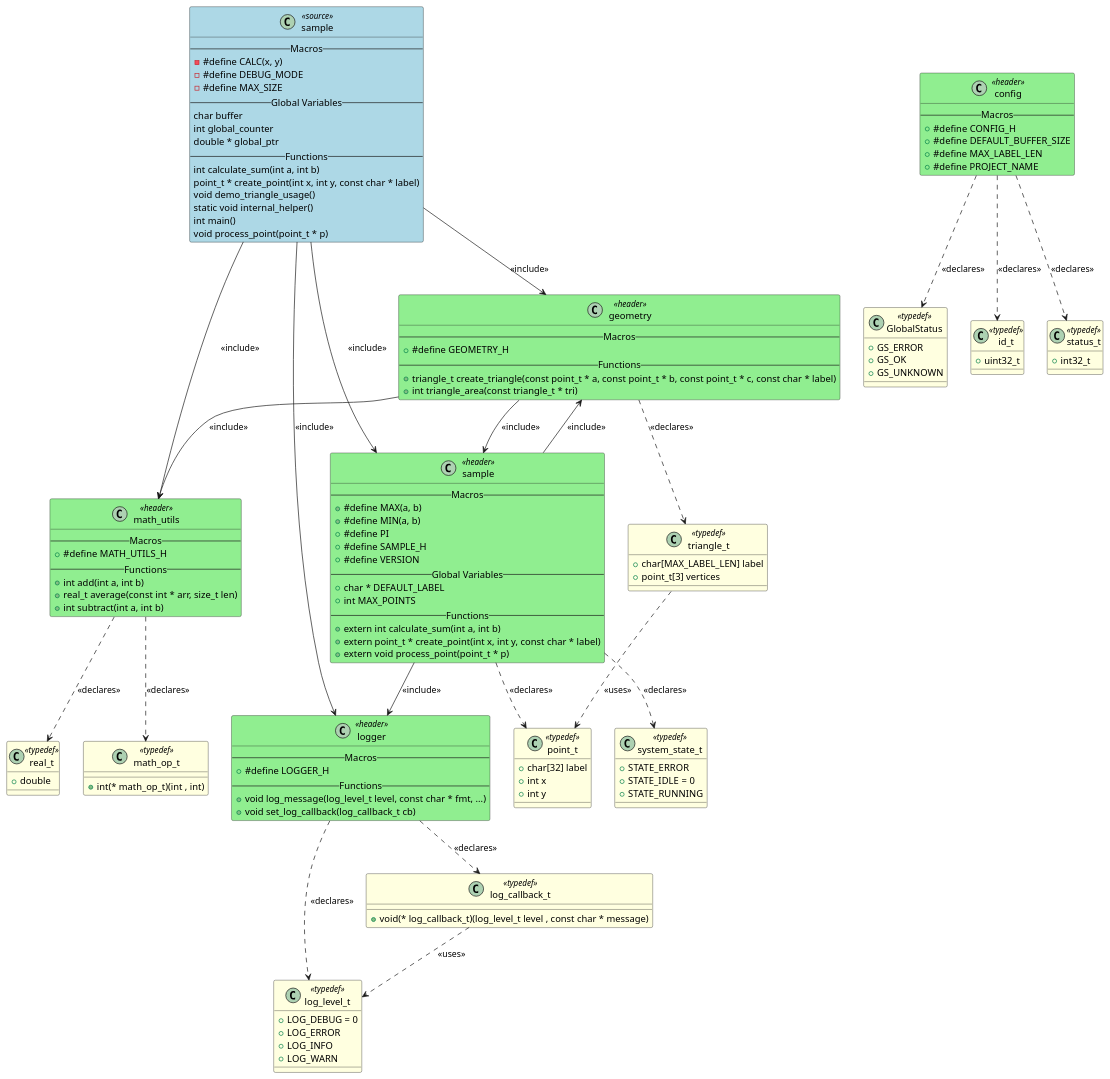
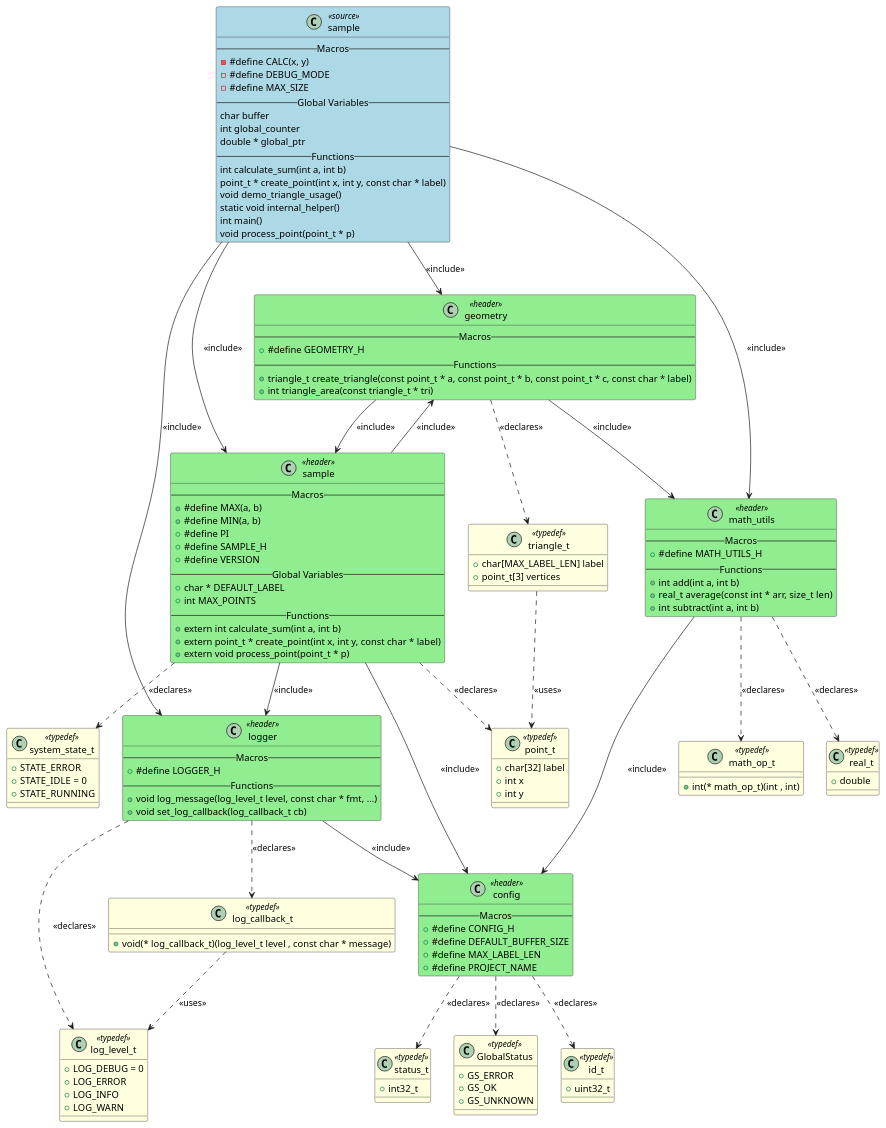
The diagram in output/sample.puml (fischerjooo/c2puml), drawn with PlantUML before and after one commit. The commit also changed 11 other files, not shown here.

First line of the commit message:
Fix missing include relationship: Add config.h to sample.c include_filters

```diff
--- a/output/sample.puml
+++ b/output/sample.puml
@@ -1,163 +1,166 @@
 @startuml sample
 
 class "sample" as SAMPLE <<source>> #LightBlue
 {
     -- Macros --
     - #define CALC(x, y)
     - #define DEBUG_MODE
     - #define MAX_SIZE
     -- Global Variables --
     char buffer
     int global_counter
     double * global_ptr
     -- Functions --
     int calculate_sum(int a, int b)
     point_t * create_point(int x, int y, const char * label)
     void demo_triangle_usage()
     static void internal_helper()
     int main()
     void process_point(point_t * p)
 }
 
 class "config" as HEADER_CONFIG <<header>> #LightGreen
 {
     -- Macros --
     + #define CONFIG_H
     + #define DEFAULT_BUFFER_SIZE
     + #define MAX_LABEL_LEN
     + #define PROJECT_NAME
 }
 
 class "geometry" as HEADER_GEOMETRY <<header>> #LightGreen
 {
     -- Macros --
     + #define GEOMETRY_H
     -- Functions --
     + triangle_t create_triangle(const point_t * a, const point_t * b, const point_t * c, const char * label)
     + int triangle_area(const triangle_t * tri)
 }
 
 class "logger" as HEADER_LOGGER <<header>> #LightGreen
 {
     -- Macros --
     + #define LOGGER_H
     -- Functions --
     + void log_message(log_level_t level, const char * fmt, ...)
     + void set_log_callback(log_callback_t cb)
 }
 
 class "math_utils" as HEADER_MATH_UTILS <<header>> #LightGreen
 {
     -- Macros --
     + #define MATH_UTILS_H
     -- Functions --
     + int add(int a, int b)
     + real_t average(const int * arr, size_t len)
     + int subtract(int a, int b)
 }
 
 class "sample" as HEADER_SAMPLE <<header>> #LightGreen
 {
     -- Macros --
     + #define MAX(a, b)
     + #define MIN(a, b)
     + #define PI
     + #define SAMPLE_H
     + #define VERSION
     -- Global Variables --
     + char * DEFAULT_LABEL
     + int MAX_POINTS
     -- Functions --
     + extern int calculate_sum(int a, int b)
     + extern point_t * create_point(int x, int y, const char * label)
     + extern void process_point(point_t * p)
 }
 
 class "GlobalStatus" as TYPEDEF_GLOBALSTATUS <<typedef>> #LightYellow
 {
     + GS_ERROR
     + GS_OK
     + GS_UNKNOWN
 }
 
 class "id_t" as TYPEDEF_ID_T <<typedef>> #LightYellow
 {
     + uint32_t
 }
 
 class "status_t" as TYPEDEF_STATUS_T <<typedef>> #LightYellow
 {
     + int32_t
 }
 
 class "triangle_t" as TYPEDEF_TRIANGLE_T <<typedef>> #LightYellow
 {
     + char[MAX_LABEL_LEN] label
     + point_t[3] vertices
 }
 
 class "log_level_t" as TYPEDEF_LOG_LEVEL_T <<typedef>> #LightYellow
 {
     + LOG_DEBUG = 0
     + LOG_ERROR
     + LOG_INFO
     + LOG_WARN
 }
 
 class "log_callback_t" as TYPEDEF_LOG_CALLBACK_T <<typedef>> #LightYellow
 {
     + void(* log_callback_t)(log_level_t level , const char * message)
 }
 
 class "math_op_t" as TYPEDEF_MATH_OP_T <<typedef>> #LightYellow
 {
     + int(* math_op_t)(int , int)
 }
 
 class "real_t" as TYPEDEF_REAL_T <<typedef>> #LightYellow
 {
     + double
 }
 
 class "point_t" as TYPEDEF_POINT_T <<typedef>> #LightYellow
 {
     + char[32] label
     + int x
     + int y
 }
 
 class "system_state_t" as TYPEDEF_SYSTEM_STATE_T <<typedef>> #LightYellow
 {
     + STATE_ERROR
     + STATE_IDLE = 0
     + STATE_RUNNING
 }
 
 
 ' Include relationships
 HEADER_GEOMETRY --> HEADER_MATH_UTILS : <<include>>
 HEADER_GEOMETRY --> HEADER_SAMPLE : <<include>>
+HEADER_LOGGER --> HEADER_CONFIG : <<include>>
+HEADER_MATH_UTILS --> HEADER_CONFIG : <<include>>
 SAMPLE --> HEADER_GEOMETRY : <<include>>
 SAMPLE --> HEADER_LOGGER : <<include>>
 SAMPLE --> HEADER_MATH_UTILS : <<include>>
 SAMPLE --> HEADER_SAMPLE : <<include>>
+HEADER_SAMPLE --> HEADER_CONFIG : <<include>>
 HEADER_SAMPLE --> HEADER_GEOMETRY : <<include>>
 HEADER_SAMPLE --> HEADER_LOGGER : <<include>>
 
 ' Declaration relationships
 HEADER_CONFIG ..> TYPEDEF_GLOBALSTATUS : <<declares>>
 HEADER_CONFIG ..> TYPEDEF_ID_T : <<declares>>
 HEADER_CONFIG ..> TYPEDEF_STATUS_T : <<declares>>
 HEADER_GEOMETRY ..> TYPEDEF_TRIANGLE_T : <<declares>>
 HEADER_LOGGER ..> TYPEDEF_LOG_LEVEL_T : <<declares>>
 HEADER_LOGGER ..> TYPEDEF_LOG_CALLBACK_T : <<declares>>
 HEADER_MATH_UTILS ..> TYPEDEF_MATH_OP_T : <<declares>>
 HEADER_MATH_UTILS ..> TYPEDEF_REAL_T : <<declares>>
 HEADER_SAMPLE ..> TYPEDEF_POINT_T : <<declares>>
 HEADER_SAMPLE ..> TYPEDEF_SYSTEM_STATE_T : <<declares>>
 
 ' Uses relationships
 TYPEDEF_TRIANGLE_T ..> TYPEDEF_POINT_T : <<uses>>
 TYPEDEF_LOG_CALLBACK_T ..> TYPEDEF_LOG_LEVEL_T : <<uses>>
 
 @enduml
```
